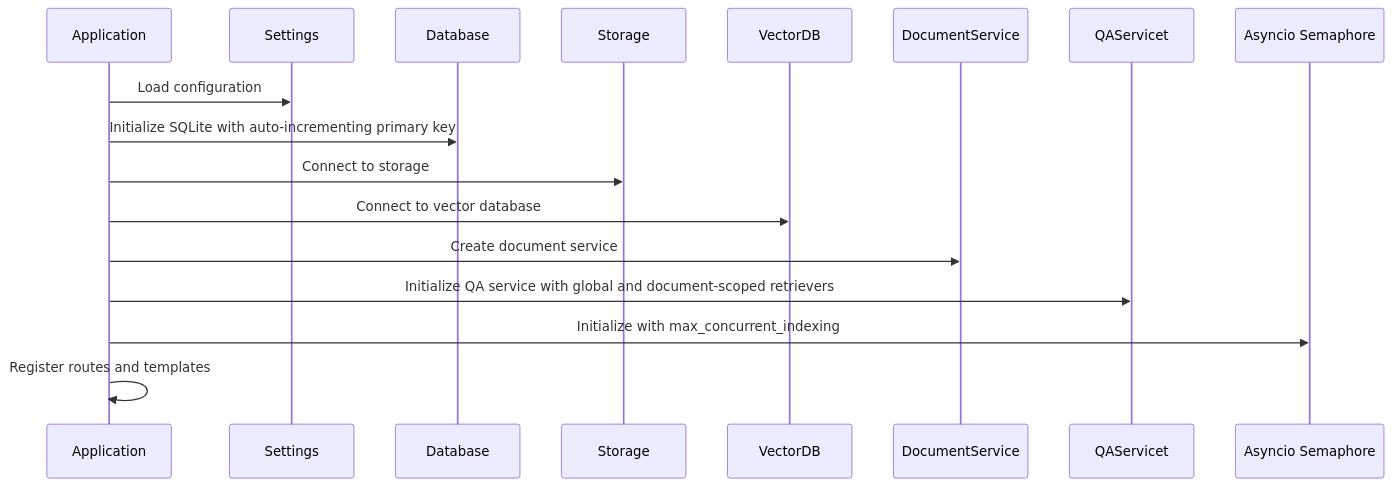
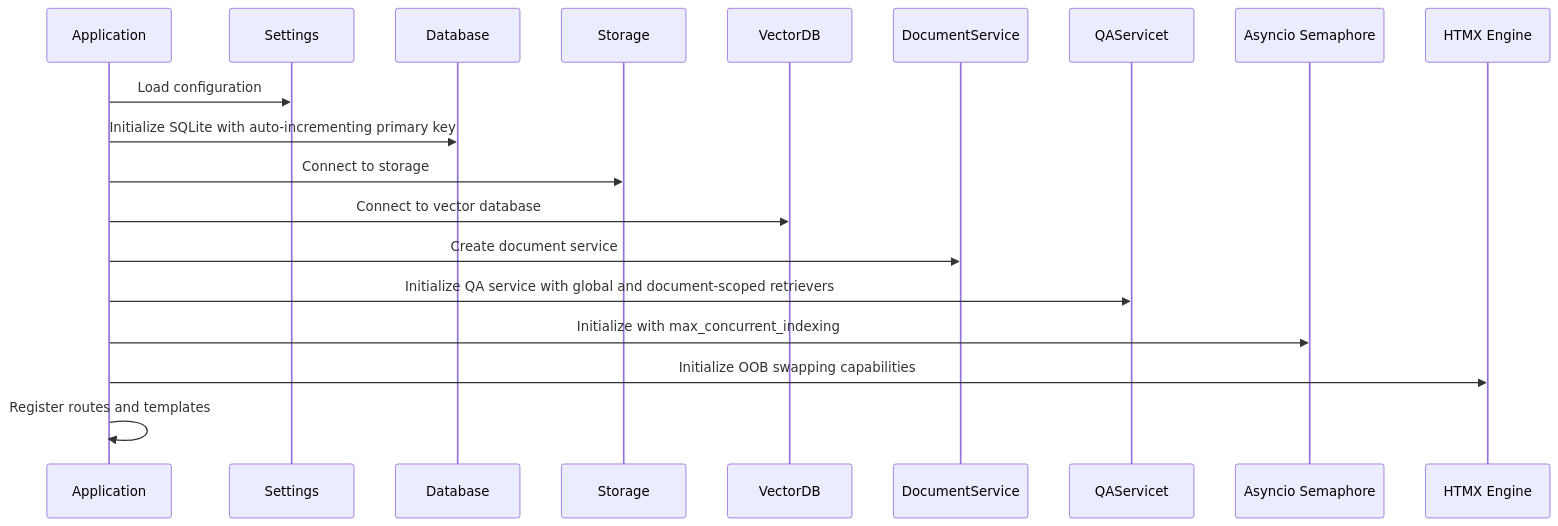
The second of 26 diagrams in .qoder/repowiki/en/content/Document Management System.md (ognelis/cafetera_hr_bot), drawn with Mermaid before and after one commit. The commit also changed other lines of this file and 22 other files, not shown here.

````diff
--- a/.qoder/repowiki/en/content/Document Management System.md
+++ b/.qoder/repowiki/en/content/Document Management System.md
@@ -234,19 +247,21 @@
 ```mermaid
 sequenceDiagram
 participant App as Application
 participant Config as Settings
 participant DB as Database
 participant S3 as Storage
 participant Qdrant as VectorDB
 participant Service as DocumentService
 participant QAService as QAServicet
 participant Semaphore as Asyncio Semaphore
+participant HTMX as HTMX Engine
 App->>Config : Load configuration
 App->>DB : Initialize SQLite with auto-incrementing primary key
 App->>S3 : Connect to storage
 App->>Qdrant : Connect to vector database
 App->>Service : Create document service
 App->>QAService : Initialize QA service with global and document-scoped retrievers
 App->>Semaphore : Initialize with max_concurrent_indexing
+App->>HTMX : Initialize OOB swapping capabilities
 App->>App : Register routes and templates
 ```
````
